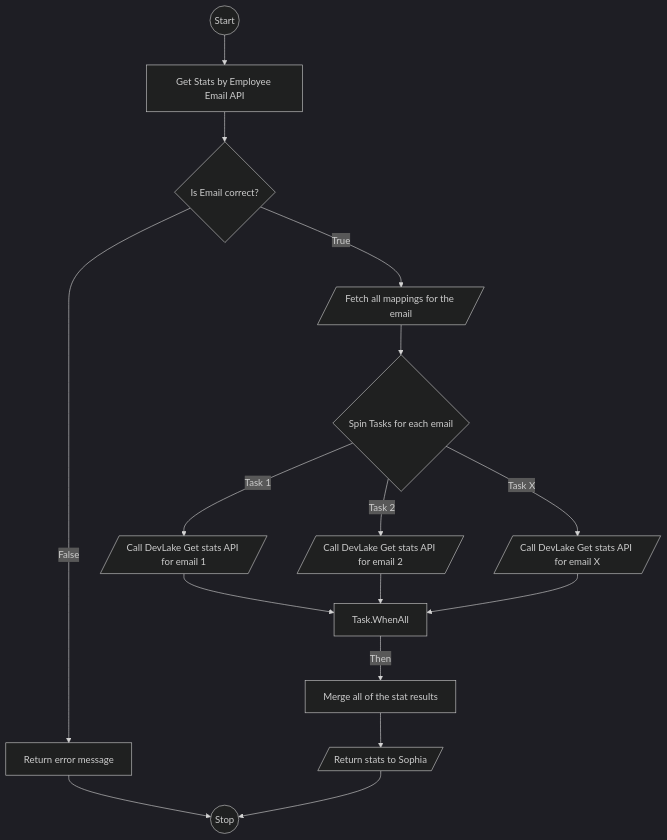
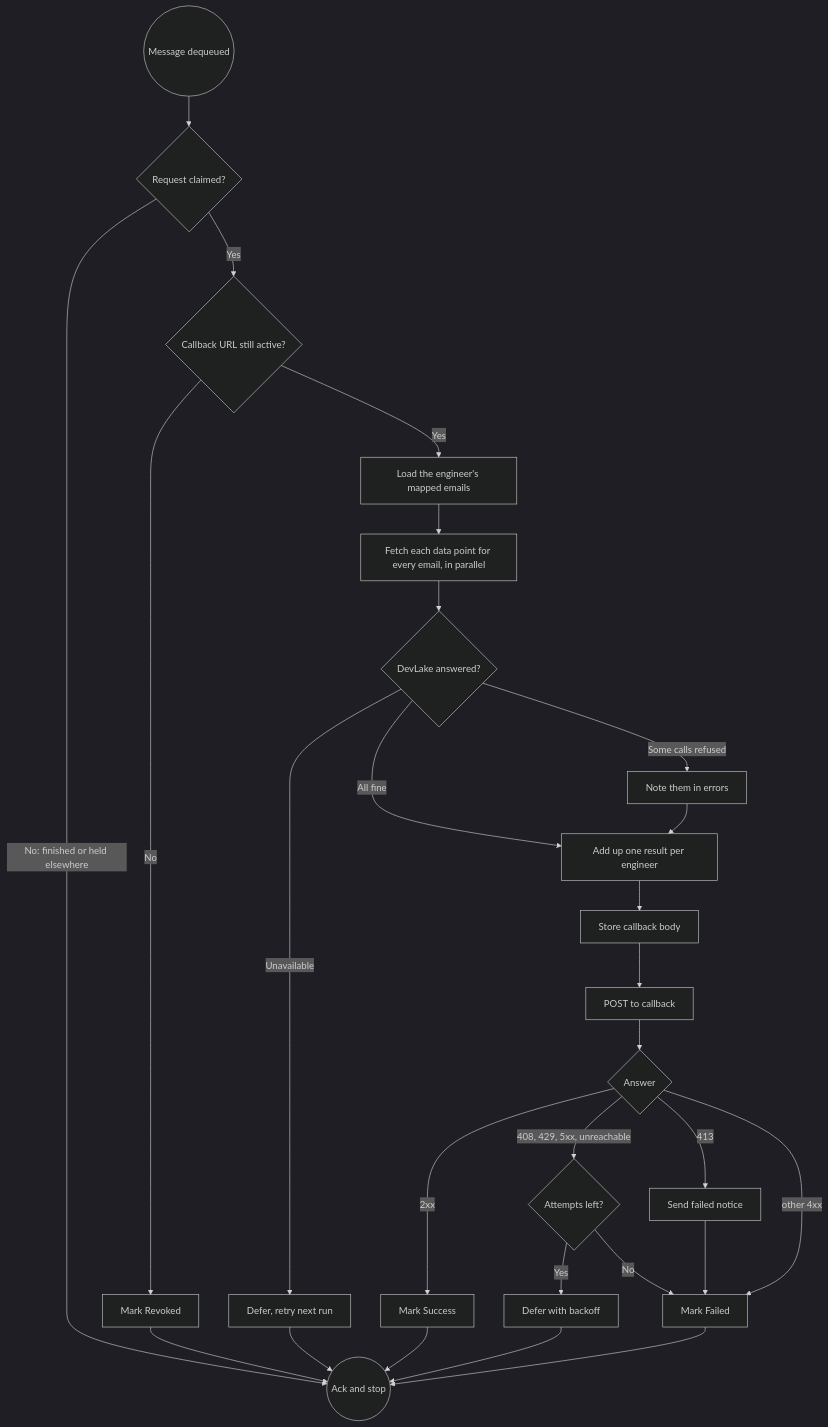
One commit to arbisoft/incubator-devlake changed the seventh of 7 diagrams in integration-service-architecture-plan.md. Above: the diagram before and after it, drawn with Mermaid (dark theme). The commit also changed other lines of this file, not shown here.

````diff
--- a/integration-service-architecture-plan.md
+++ b/integration-service-architecture-plan.md
@@ -499,18 +743,23 @@
 ```mermaid
 flowchart TD
-    A((Start))-->B[ Get Stats by Employee Email API ]
-    B-->C{Is Email correct?}
-    C-->|True| D[/Fetch all mappings for the email/]
-    C-->|False| E[Return error message]
-    E--> X((Stop))
-    D--> F{Spin Tasks for each email}
-    F-->|Task 1| G[/Call DevLake Get stats API for email 1/]
-    F-->|Task 2| H[/Call DevLake Get stats API for email 2/]
-    F-->|Task X| I[/Call DevLake Get stats API for email X/]
-    G-->J[Task.WhenAll]
-    H-->J
-    I-->J
-    J-->|Then| K[Merge all of the stat results]
-    K-->L[/Return stats to Sophia/]
-    L-->X
+    A((Message dequeued)) --> B{Request claimed?}
+    B -->|No: finished or held elsewhere| Z((Ack and stop))
+    B -->|Yes| C{Callback URL still active?}
+    C -->|No| R[Mark Revoked] --> Z
+    C -->|Yes| D[Load the engineer's mapped emails]
+    D --> E[Fetch each data point for every email, in parallel]
+    E --> F{DevLake answered?}
+    F -->|Unavailable| G[Defer, retry next run] --> Z
+    F -->|Some calls refused| H[Note them in errors]
+    F -->|All fine| I[Add up one result per engineer]
+    H --> I
+    I --> J[Store callback body]
+    J --> K[POST to callback]
+    K --> L{Answer}
+    L -->|2xx| S[Mark Success] --> Z
+    L -->|408, 429, 5xx, unreachable| M{Attempts left?}
+    M -->|Yes| N[Defer with backoff] --> Z
+    M -->|No| FL[Mark Failed] --> Z
+    L -->|413| FN[Send failed notice] --> FL
+    L -->|other 4xx| FL
 ```
````
